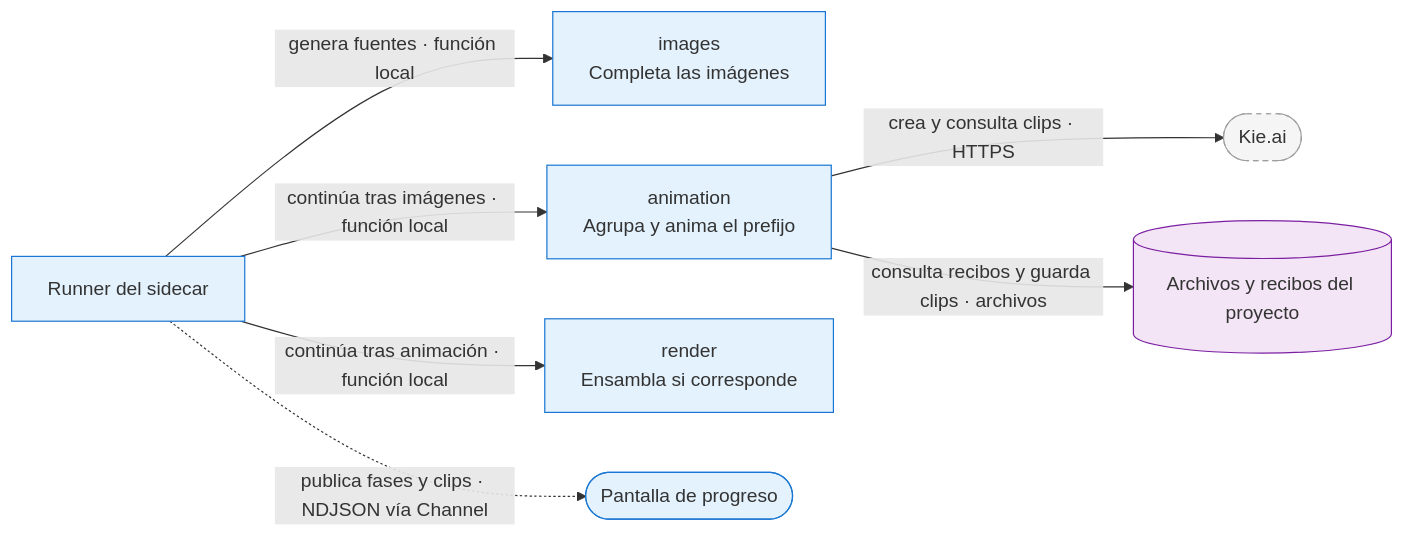
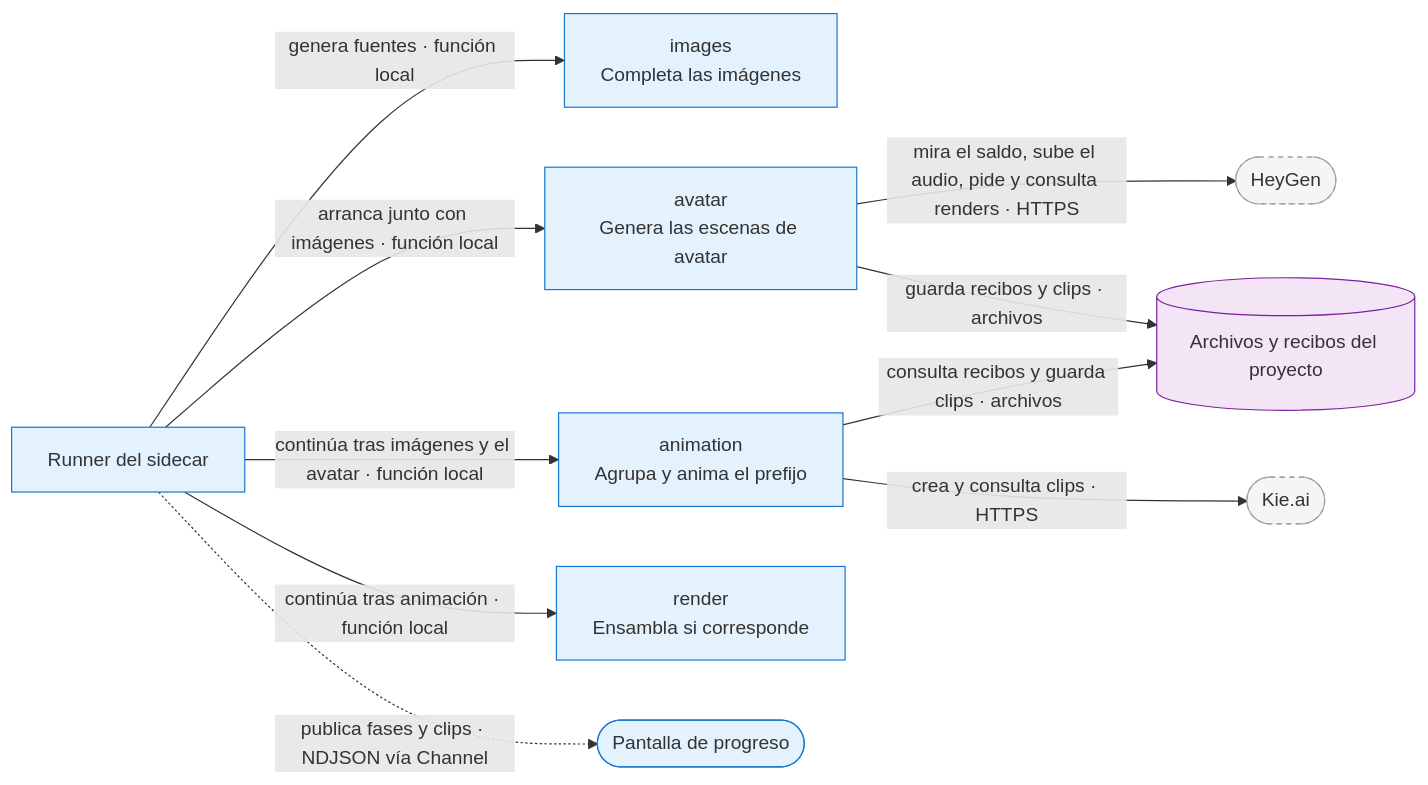
The diagram in docs/ARCHITECTURE.md (SCRIPZY-DEV/vimo), drawn with Mermaid before and after one commit. The commit also changed other lines of this file and 421 other files, not shown here.

First line of the commit message:
feat: full-screen editor and presenter avatar with HeyGen (#103)

````diff
--- a/docs/ARCHITECTURE.md
+++ b/docs/ARCHITECTURE.md
@@ -540,19 +881,24 @@
 ```mermaid
 flowchart LR
     runner["Runner del sidecar"]:::propio
     images["images<br/>Completa las imágenes"]:::propio
+    avatar["avatar<br/>Genera las escenas de avatar"]:::propio
     animation["animation<br/>Agrupa y anima el prefijo"]:::propio
     render["render<br/>Ensambla si corresponde"]:::propio
     files[("Archivos y recibos del proyecto")]:::datos
+    heygen(["HeyGen"]):::externo
     kie(["Kie.ai"]):::externo
     ui(["Pantalla de progreso"]):::propio
     runner -->|"genera fuentes · función local"| images
-    runner -->|"continúa tras imágenes · función local"| animation
+    runner -->|"arranca junto con imágenes · función local"| avatar
+    runner -->|"continúa tras imágenes y el avatar · función local"| animation
     runner -->|"continúa tras animación · función local"| render
+    avatar -->|"mira el saldo, sube el audio, pide y consulta renders · HTTPS"| heygen
+    avatar -->|"guarda recibos y clips · archivos"| files
     animation -->|"crea y consulta clips · HTTPS"| kie
     animation -->|"consulta recibos y guarda clips · archivos"| files
     runner -.->|"publica fases y clips · NDJSON vía Channel"| ui
     classDef externo fill:#f5f5f5,stroke:#9e9e9e,stroke-dasharray:4
     classDef propio fill:#e3f2fd,stroke:#1976d2
     classDef datos fill:#f3e5f5,stroke:#7b1fa2
 ```
````
